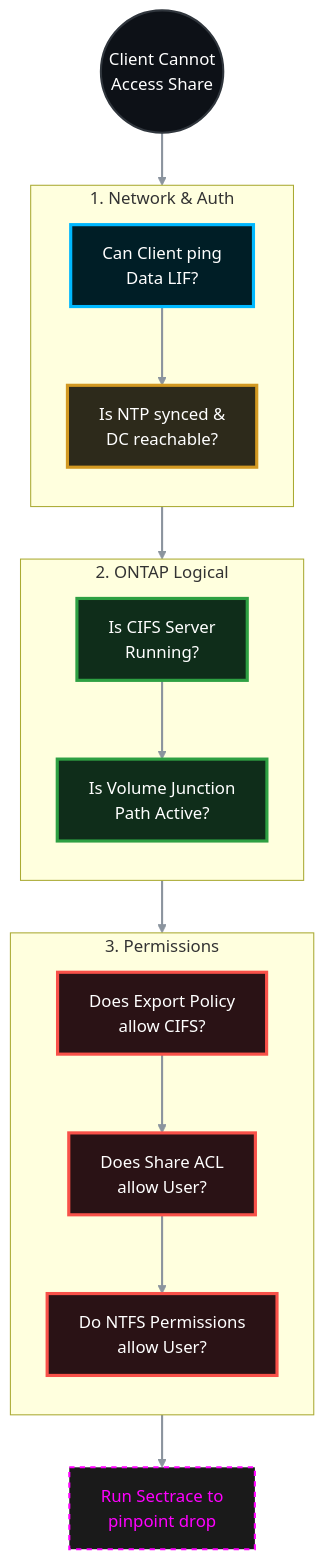
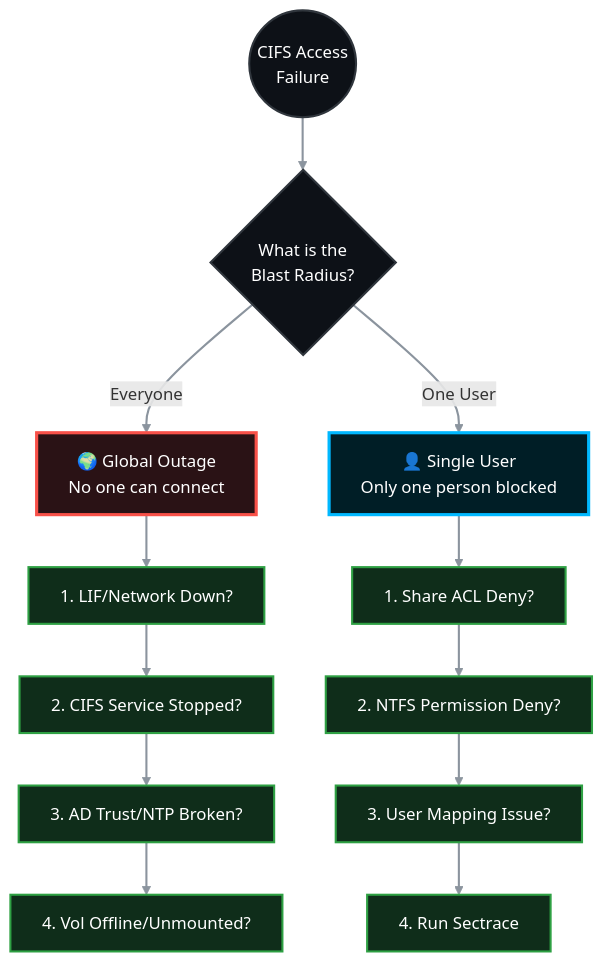
Before and after one commit to sulthansharief-ks/SAN-NAS_Central: the diagram in NetApp/CIFS/cifs_troubleshooting_inaccesible.md, drawn with Mermaid. The commit also changed other lines of this file, not shown here.

````diff
--- a/NetApp/CIFS/cifs_troubleshooting_inaccesible.md
+++ b/NetApp/CIFS/cifs_troubleshooting_inaccesible.md
@@ -20,44 +27,35 @@
 ```mermaid
 graph TD
     %% --- Dark Mode Theme Definitions ---
     classDef base fill:#0d1117,stroke:#30363d,stroke-width:2px,color:#fff
-    classDef network fill:#001e26,stroke:#00b8ff,stroke-width:3px,color:#fff
-    classDef ad fill:#2d2a1b,stroke:#d29922,stroke-width:3px,color:#fff
-    classDef ontap fill:#0f2d1a,stroke:#2ea043,stroke-width:3px,color:#fff
-    classDef perm fill:#2a1215,stroke:#f85149,stroke-width:3px,color:#fff
-    classDef action fill:#1a1a1a,stroke:#ff00ff,stroke-width:2px,stroke-dasharray: 5 5,color:#ff00ff
+    classDef global fill:#2a1215,stroke:#f85149,stroke-width:3px,color:#fff
+    classDef single fill:#001e26,stroke:#00b8ff,stroke-width:3px,color:#fff
+    classDef action fill:#0f2d1a,stroke:#2ea043,stroke-width:2px,color:#fff
 
-    Start((Client Cannot<br/>Access Share)):::base
+    Start((CIFS Access<br/>Failure)):::base
 
-    subgraph Layer1 [1. Network & Auth]
-        direction TB
-        LIF[Can Client ping<br/>Data LIF?]:::network
-        AD[Is NTP synced &<br/>DC reachable?]:::ad
-    end
+    Type{What is the<br/>Blast Radius?}:::base
 
-    subgraph Layer2 [2. ONTAP Logical]
-        direction TB
-        CIFS[Is CIFS Server<br/>Running?]:::ontap
-        PATH[Is Volume Junction<br/>Path Active?]:::ontap
-    end
+    Global[🌍 Global Outage<br/>No one can connect]:::global
+    Single[👤 Single User<br/>Only one person blocked]:::single
 
-    subgraph Layer3 [3. Permissions]
-        direction TB
-        EXPORT[Does Export Policy<br/>allow CIFS?]:::perm
-        SHARE[Does Share ACL<br/>allow User?]:::perm
-        NTFS[Do NTFS Permissions<br/>allow User?]:::perm
-    end
-    
-    Trace[Run Sectrace to<br/>pinpoint drop]:::action
+    Start --> Type
+    Type -->|Everyone| Global
+    Type -->|One User| Single
 
-    Start --> LIF
-    LIF --> AD
-    AD --> CIFS
-    CIFS --> PATH
-    PATH --> EXPORT
-    EXPORT --> SHARE
-    SHARE --> NTFS
-    NTFS --> Trace
+    %% Global Path
+    G1[1. LIF/Network Down?]:::action
+    G2[2. CIFS Service Stopped?]:::action
+    G3[3. AD Trust/NTP Broken?]:::action
+    G4[4. Vol Offline/Unmounted?]:::action
+    Global --> G1 --> G2 --> G3 --> G4
 
-    linkStyle 0,1,2,3,4,5,6,7 stroke:#8b949e,stroke-width:2px
+    %% Single Path
+    S1[1. Share ACL Deny?]:::action
+    S2[2. NTFS Permission Deny?]:::action
+    S3[3. User Mapping Issue?]:::action
+    S4[4. Run Sectrace]:::action
+    Single --> S1 --> S2 --> S3 --> S4
+
+    linkStyle 0,1,2,3,4,5,6,7,8,9,10 stroke:#8b949e,stroke-width:2px
 ```
````
